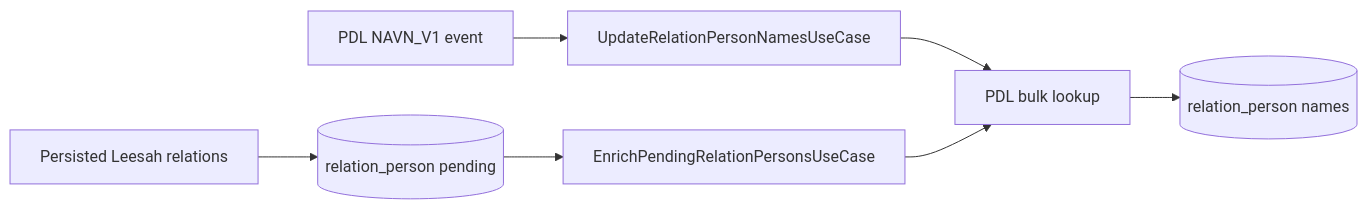
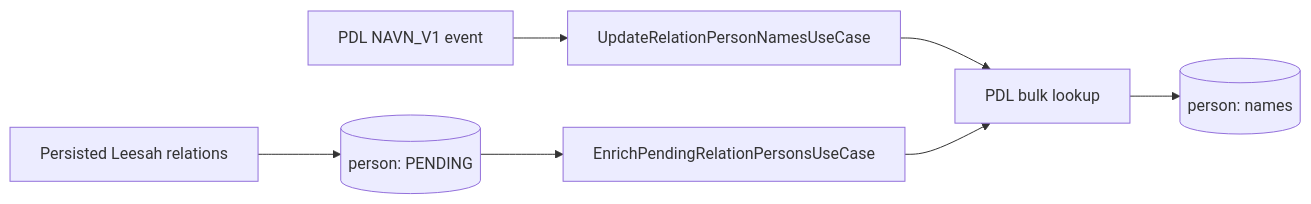
The seventh of 8 diagrams in docs/data-flow.md (navikt/esyfo-narmesteleder), drawn with Mermaid before and after one commit. The commit also changed other lines of this file and 1 other file, not shown here.

Commit message:
docs: address data flow review

````diff
--- a/docs/data-flow.md
+++ b/docs/data-flow.md
@@ -296,9 +330,9 @@
 ```mermaid
 flowchart LR
-    relationBatch[Persisted Leesah relations] --> pending[(relation_person pending)]
+    relationBatch[Persisted Leesah relations] --> pending[(person: PENDING)]
     pdlEvent[PDL NAVN_V1 event] --> refresh[UpdateRelationPersonNamesUseCase]
     pending --> enrich[EnrichPendingRelationPersonsUseCase]
     refresh --> pdl[PDL bulk lookup]
     enrich --> pdl
-    pdl --> projection[(relation_person names)]
+    pdl --> projection[(person: names)]
 ```
````
